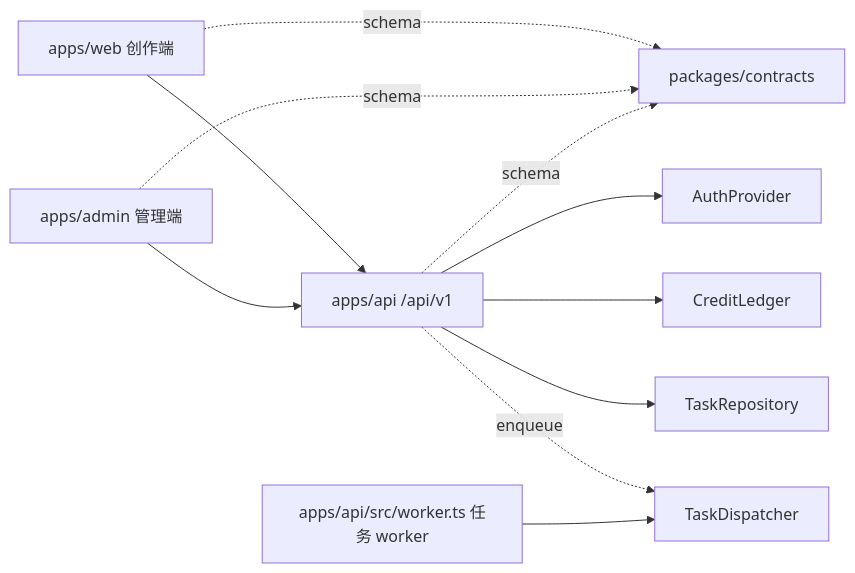
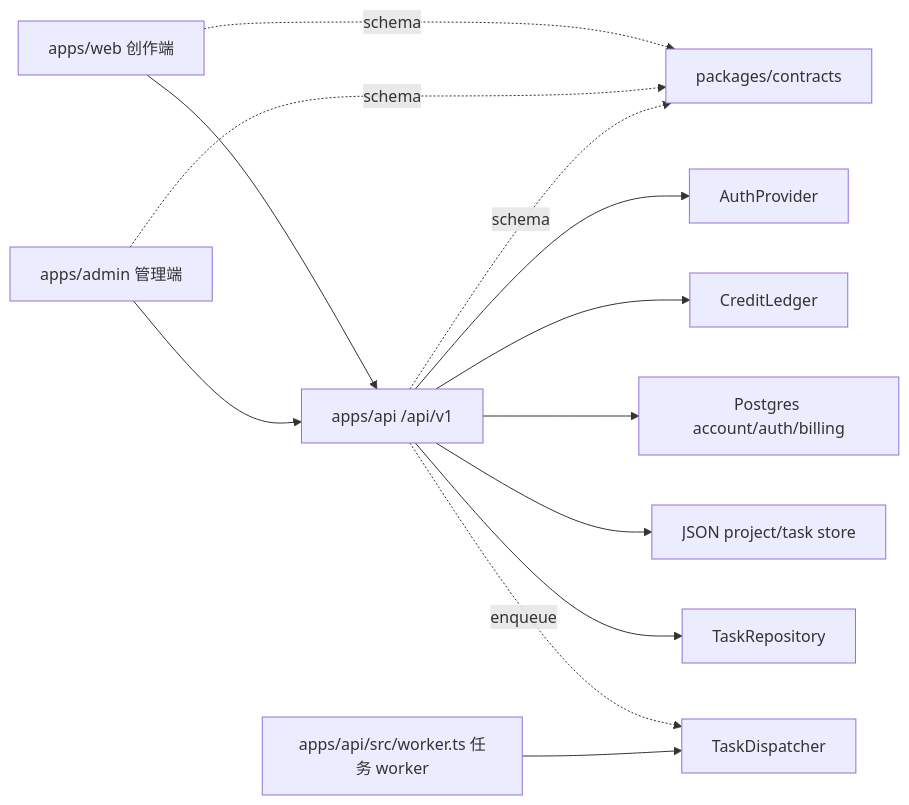
One commit to usaaron/AIGC_Video_Platform changed the diagram in docs/ARCHITECTURE.md. Above: the diagram before and after it, drawn with Mermaid. The commit also changed other lines of this file and 11 other files, not shown here.

````diff
--- a/docs/ARCHITECTURE.md
+++ b/docs/ARCHITECTURE.md
@@ -7,13 +7,15 @@
 ```mermaid
 flowchart LR
   Web["apps/web 创作端"] --> API["apps/api /api/v1"]
   Admin["apps/admin 管理端"] --> API
   Web -. schema .-> Contracts["packages/contracts"]
   Admin -. schema .-> Contracts
   API -. schema .-> Contracts
   API --> Auth["AuthProvider"]
   API --> Ledger["CreditLedger"]
+  API --> AccountDb["Postgres account/auth/billing"]
+  API --> Store["JSON project/task store"]
   API --> Repo["TaskRepository"]
   API -. enqueue .-> Queue["TaskDispatcher"]
   Worker["apps/api/src/worker.ts 任务 worker"] --> Queue
 ```
````
